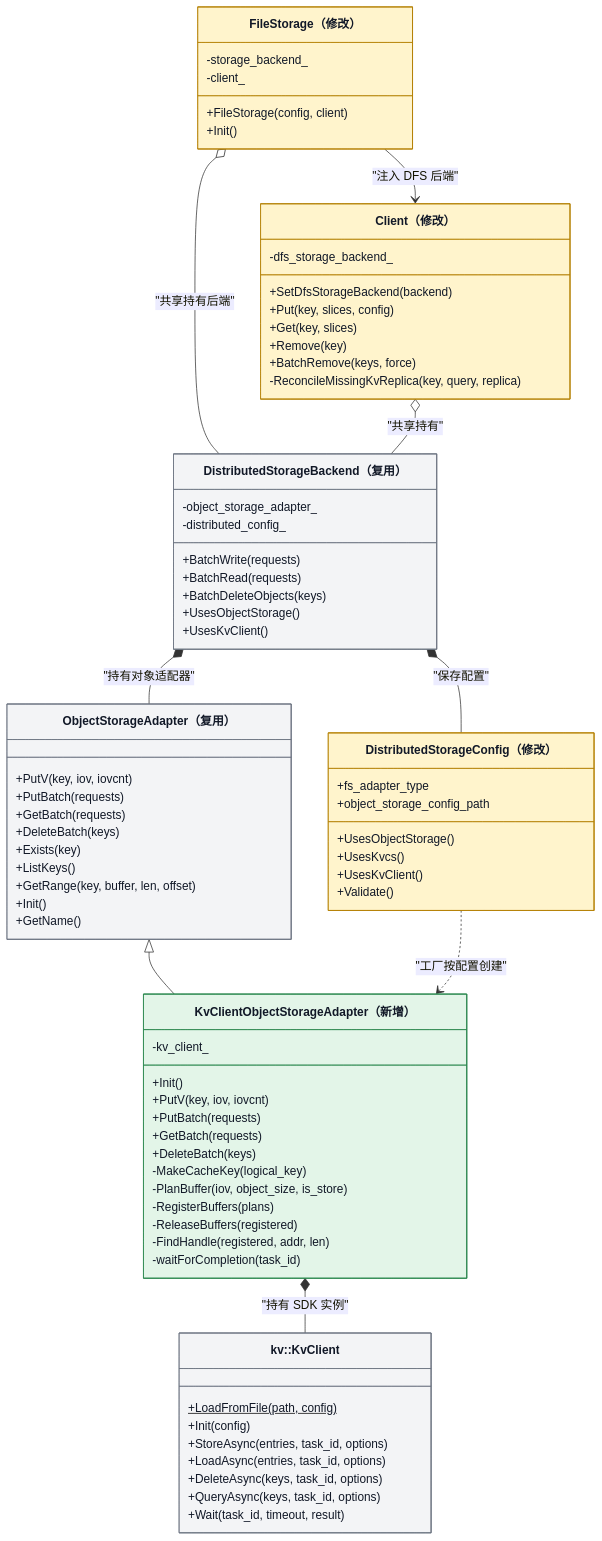
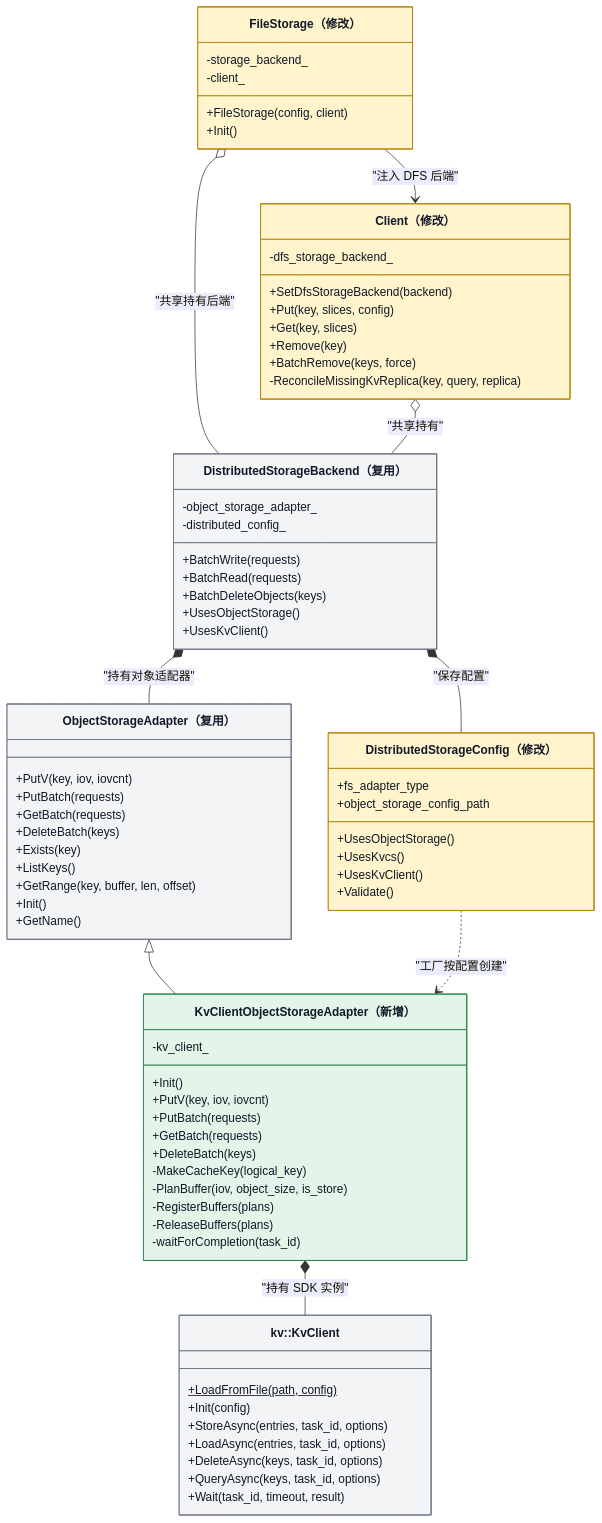
One commit to zwj20000328-dotcom/Mooncake-documents changed the second of 13 diagrams in Mooncake + KVClient L3 接入（Kvcs）- v3.md. Above: the diagram before and after it, drawn with Mermaid. The commit also changed other lines of this file, not shown here.

Commit message:
docs: store the batch handle in BufferPlan instead of a parallel list

```diff
--- a/Mooncake + KVClient L3 接入（Kvcs）- v3.md
+++ b/Mooncake + KVClient L3 接入（Kvcs）- v3.md
@@ -182,8 +182,7 @@
         -MakeCacheKey(logical_key)
         -PlanBuffer(iov, object_size, is_store)
         -RegisterBuffers(plans)
-        -ReleaseBuffers(registered)
-        -FindHandle(registered, addr, len)
+        -ReleaseBuffers(plans)
         -waitForCompletion(task_id)
     }
 
```
